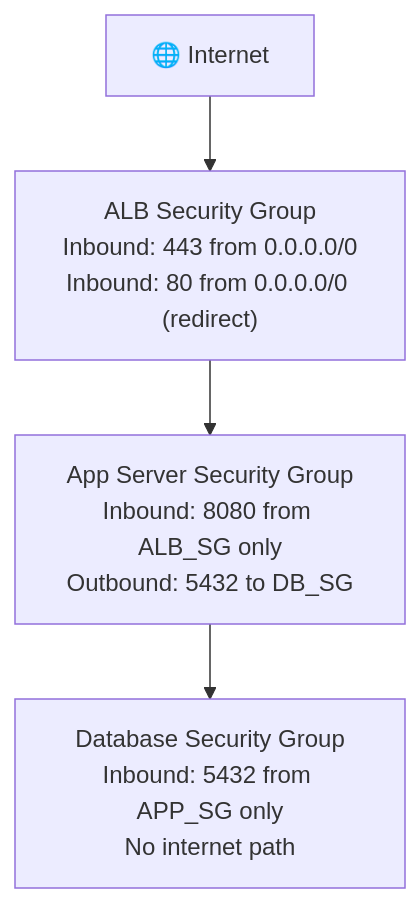
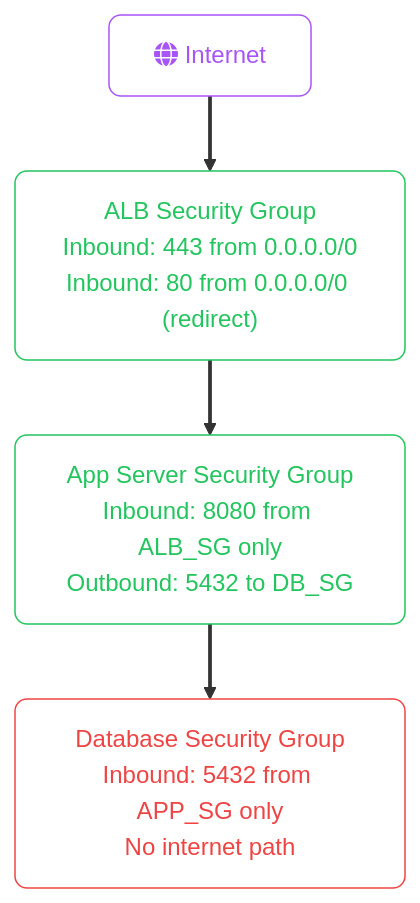
One commit to zafarale/cloudification changed the fourth of 8 diagrams in src/content/cloud/aws/03-securing-your-system.mdx. Above: the diagram before and after it, drawn with Mermaid. The commit also changed other lines of this file and 84 other files, not shown here.

````diff
--- a/src/content/cloud/aws/03-securing-your-system.mdx
+++ b/src/content/cloud/aws/03-securing-your-system.mdx
@@ -128,9 +148,16 @@
 ```mermaid
 flowchart TD
-    INTERNET["🌐 Internet"]
-    ALB_SG["ALB Security Group\nInbound: 443 from 0.0.0.0/0\nInbound: 80 from 0.0.0.0/0 (redirect)"]
-    APP_SG["App Server Security Group\nInbound: 8080 from ALB_SG only\nOutbound: 5432 to DB_SG"]
-    DB_SG["Database Security Group\nInbound: 5432 from APP_SG only\nNo internet path"]
+    accTitle: Three-Tier Security Group Chaining
+    accDescr: Flowchart (td) showing Internet, redirect, App Server Security Group Inbound: 8080 from ALB_SG only Outbound: 5432 to DB_SG
+    classDef step fill:none,stroke:#a855f7,color:#a855f7,rx:8,ry:8
+    classDef ok   fill:none,stroke:#22c55e,color:#22c55e,rx:8,ry:8
+    classDef fail fill:none,stroke:#ef4444,color:#ef4444,rx:8,ry:8
+    linkStyle default stroke-width:2.5px
+
+    INTERNET["fa:fa-globe Internet"]:::step
+    ALB_SG["ALB Security Group<br/>Inbound: 443 from 0.0.0.0/0<br/>Inbound: 80 from 0.0.0.0/0 (redirect)"]:::ok
+    APP_SG["App Server Security Group<br/>Inbound: 8080 from ALB_SG only<br/>Outbound: 5432 to DB_SG"]:::ok
+    DB_SG["Database Security Group<br/>Inbound: 5432 from APP_SG only<br/>No internet path"]:::fail
 
     INTERNET --> ALB_SG --> APP_SG --> DB_SG
 ```
````
